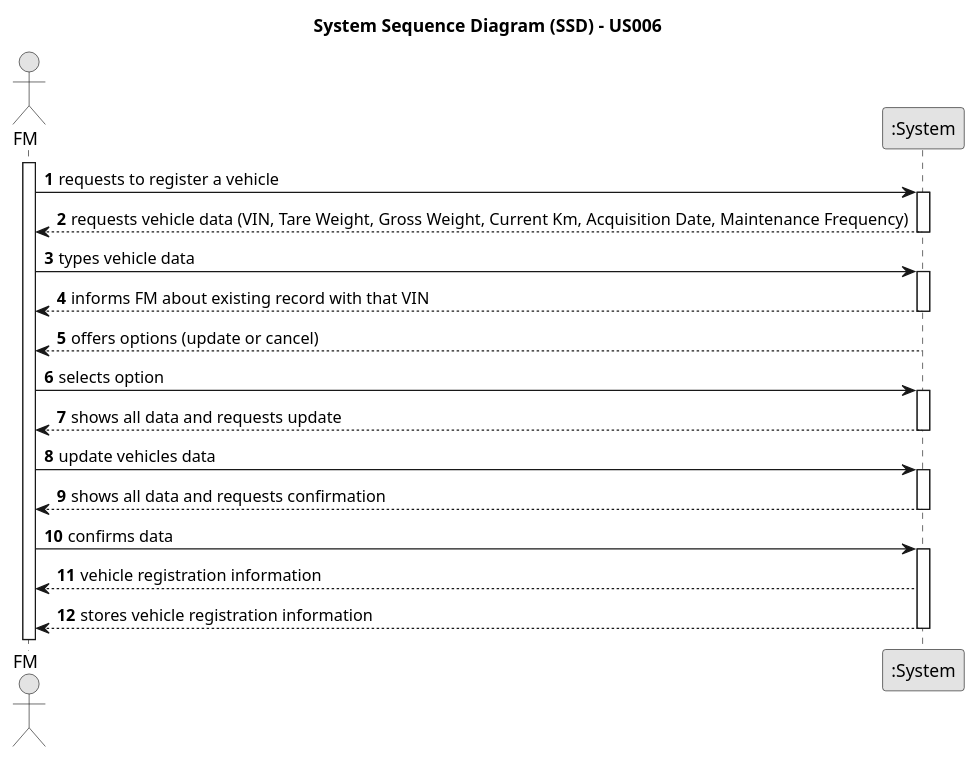
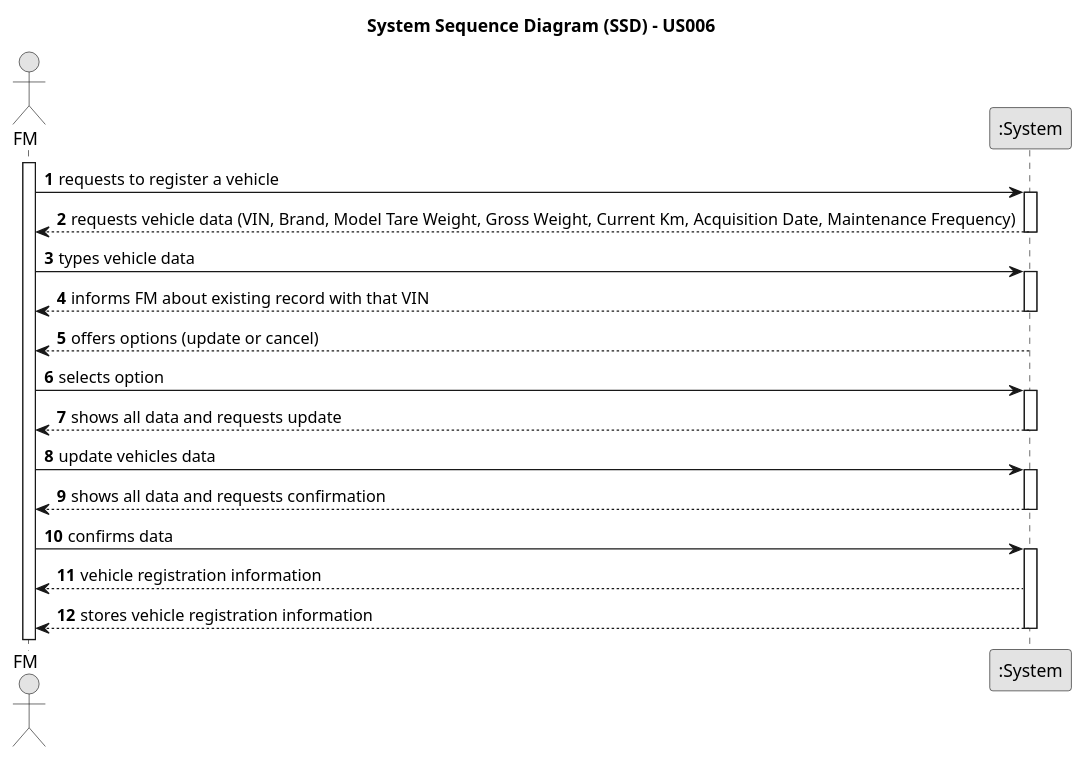
One commit to ricardomm7/leaflink changed the diagram in docs/sprintA/us006/01.requirements-engineering/puml/us006-system-sequence-diagram-alternative-two.puml. Above: the diagram before and after it, drawn with PlantUML. The commit also changed 1 other file, not shown here.

```diff
--- a/docs/sprintA/us006/01.requirements-engineering/puml/us006-system-sequence-diagram-alternative-two.puml
+++ b/docs/sprintA/us006/01.requirements-engineering/puml/us006-system-sequence-diagram-alternative-two.puml
@@ -1,51 +1,51 @@
 @startuml
 skinparam monochrome true
 skinparam packageStyle rectangle
 skinparam shadowing false
 
 title System Sequence Diagram (SSD) - US006
 
 autonumber
 
 actor "FM" as FM
 participant ":System" as System
 
 activate FM
 
     FM -> System : requests to register a vehicle
     activate System
 
-        System --> FM : requests vehicle data (VIN, Tare Weight, Gross Weight, Current Km, Acquisition Date, Maintenance Frequency)
+        System --> FM : requests vehicle data (VIN, Brand, Model Tare Weight, Gross Weight, Current Km, Acquisition Date, Maintenance Frequency)
     deactivate System
 
     FM -> System : types vehicle data
     activate System
 
         System --> FM : informs FM about existing record with that VIN
     deactivate System
 
     System --> FM : offers options (update or cancel)
         deactivate System
 
     FM -> System : selects option
         activate System
 
         System --> FM : shows all data and requests update
     deactivate System
 
     FM -> System : update vehicles data
     activate System
 
     System --> FM : shows all data and requests confirmation
     deactivate System
 
     FM -> System : confirms data
     activate System
 
     System --> FM :  vehicle registration information
     System --> FM : stores vehicle registration information
     deactivate System
 
 
 
 @enduml
```
